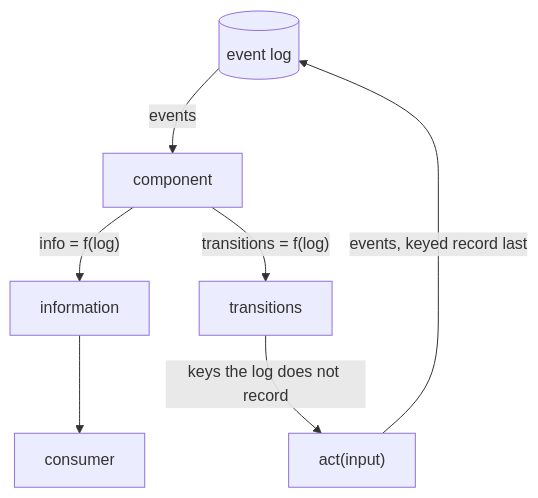
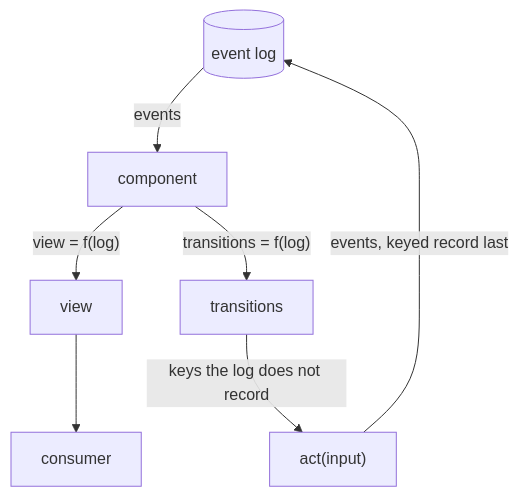
One commit to clavia-labs/tardigrade changed the first of 2 diagrams in docs/quickstart.md. Above: the diagram before and after it, drawn with Mermaid. The commit also changed other lines of this file and 15 other files, not shown here.

Commit message:
feat: name component output view

````diff
--- a/docs/quickstart.md
+++ b/docs/quickstart.md
@@ -92,9 +92,9 @@
 ```mermaid
 flowchart TB
   log[("event log")] -->|"events"| component["component"]
-  component -->|"info = f(log)"| info["information"]
+  component -->|"view = f(log)"| view["view"]
   component -->|"transitions = f(log)"| transitions["transitions"]
-  info --> consumer["consumer"]
+  view --> consumer["consumer"]
   transitions -->|"keys the log does not record"| act["act(input)"]
   act -->|"events, keyed record last"| log
 ```
````
